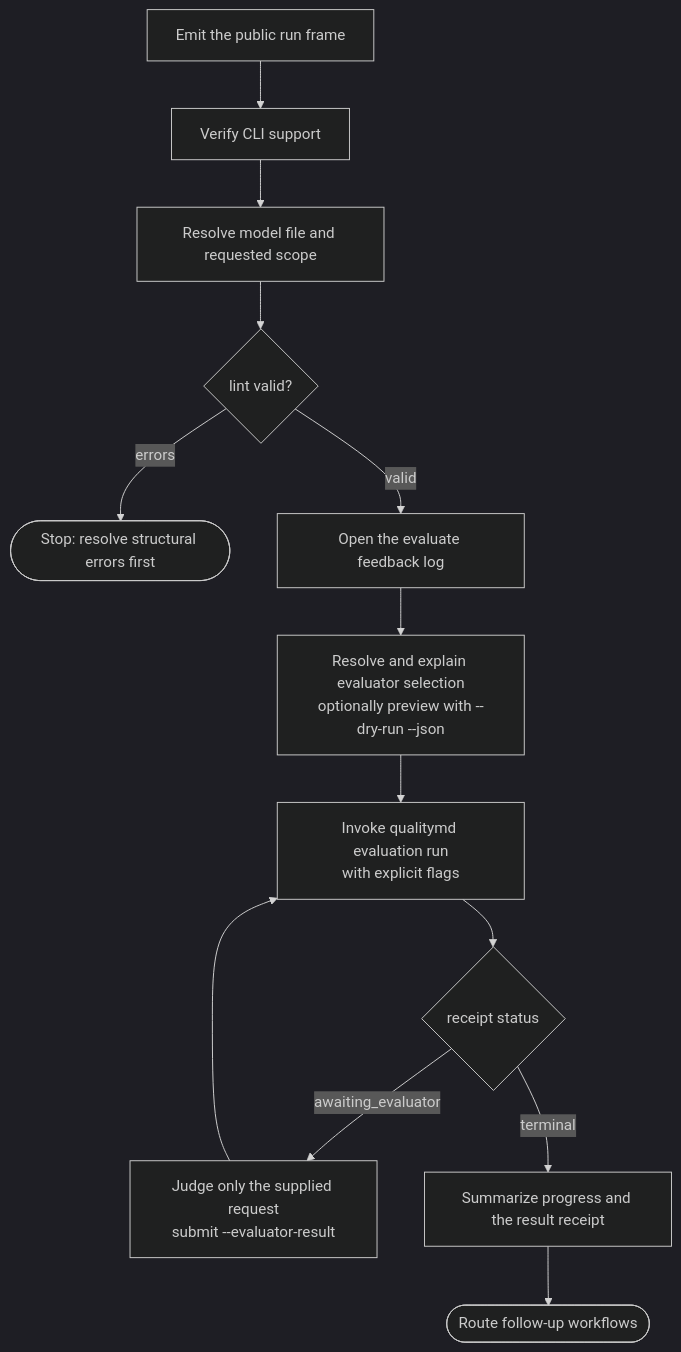
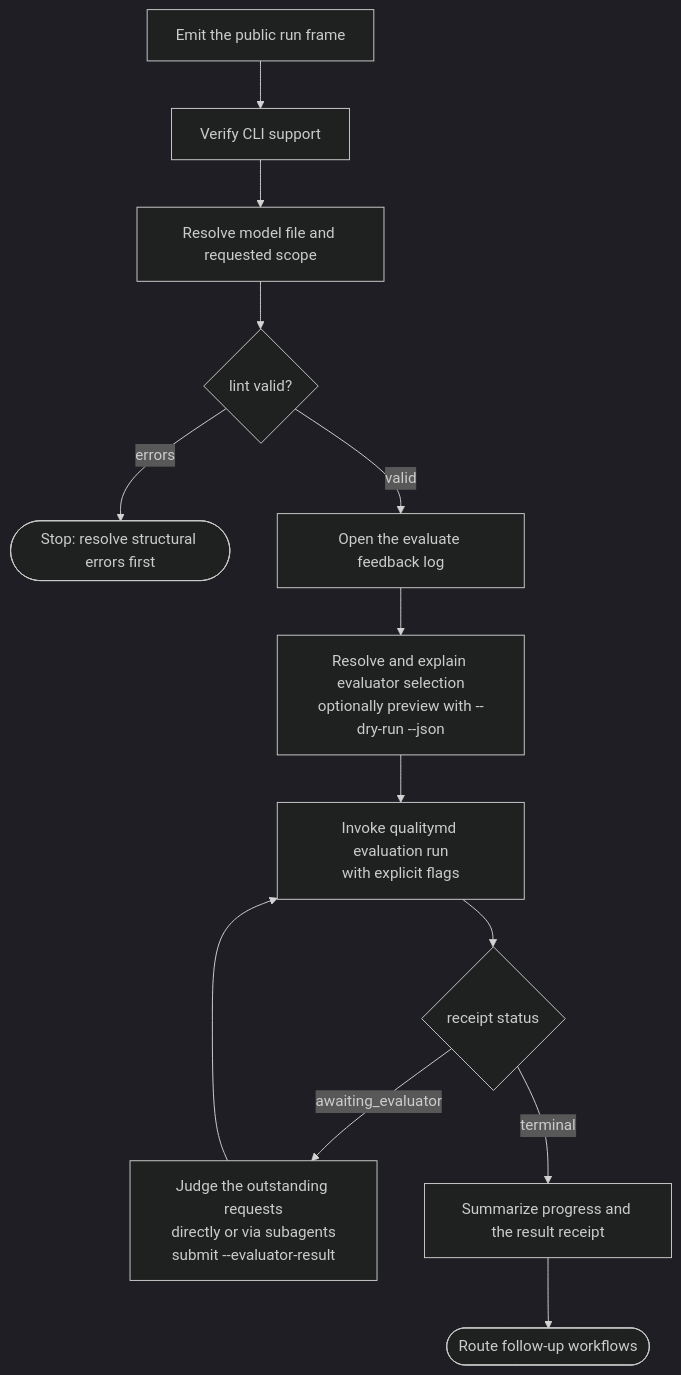
The diagram in specs/skills/quality-skill/evaluation.md (qualitymd/quality.md), drawn with Mermaid (dark theme) before and after one commit. The commit also changed other lines of this file and 41 other files, not shown here.

````diff
--- a/specs/skills/quality-skill/evaluation.md
+++ b/specs/skills/quality-skill/evaluation.md
@@ -196,15 +205,15 @@
 ```mermaid
 flowchart TD
     Frame[Emit the public run frame] --> Verify[Verify CLI support]
     Verify --> Resolve[Resolve model file and requested scope]
     Resolve --> Lint{lint valid?}
     Lint -->|errors| Stop([Stop: resolve structural errors first])
     Lint -->|valid| Log[Open the evaluate feedback log]
     Log --> Select[Resolve and explain evaluator selection<br/>optionally preview with --dry-run --json]
     Select --> Run[Invoke qualitymd evaluation run<br/>with explicit flags]
     Run --> Receipt{receipt status}
-    Receipt -->|awaiting_evaluator| Judge[Judge only the supplied request<br/>submit --evaluator-result]
+    Receipt -->|awaiting_evaluator| Judge[Judge the outstanding requests<br/>directly or via subagents<br/>submit --evaluator-result]
     Judge --> Run
     Receipt -->|terminal| Summarize[Summarize progress and the result receipt]
     Summarize --> Route([Route follow-up workflows])
 ```
````
